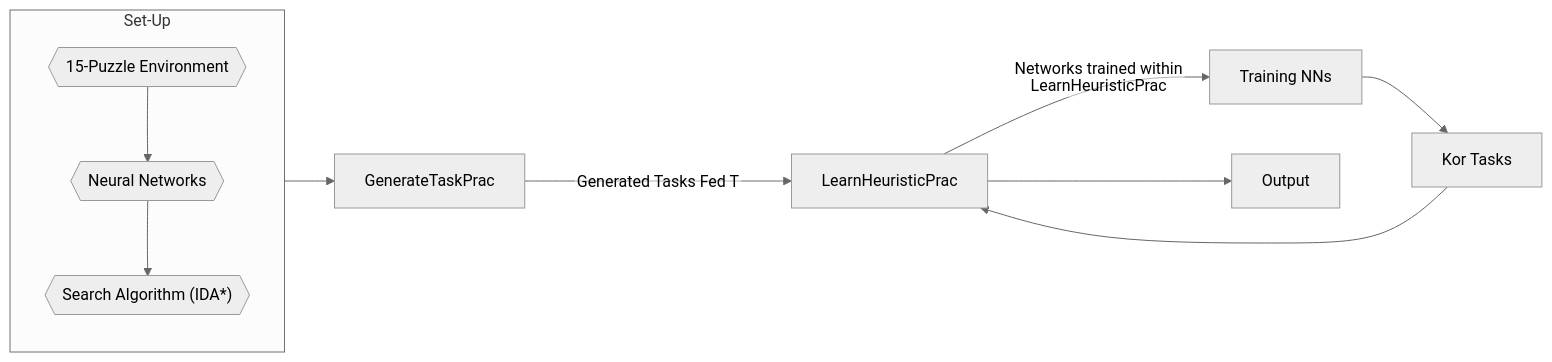
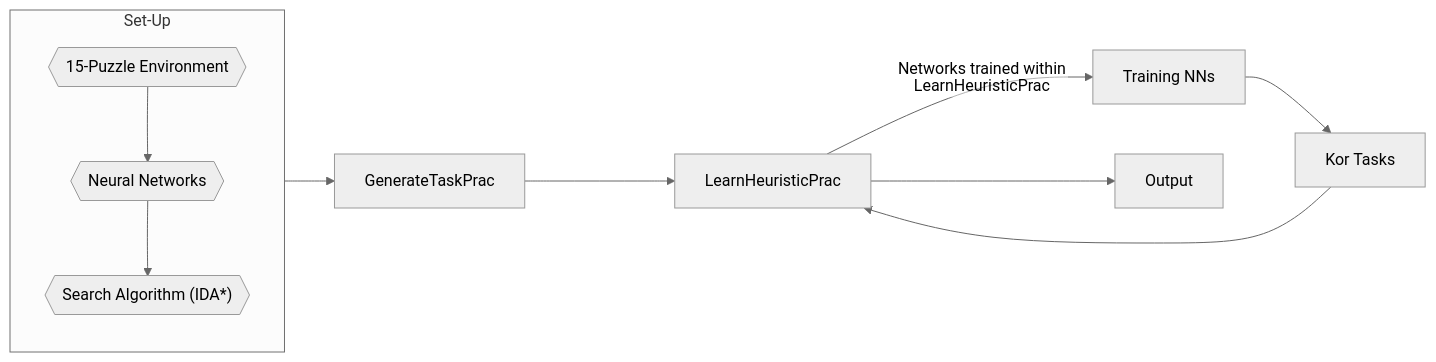
The diagram in README.md (OShagHennessy/Reproducibility_Assignment), drawn with Mermaid (neutral theme) before and after one commit.

````diff
--- a/README.md
+++ b/README.md
@@ -10,15 +10,15 @@
 ```mermaid
 
 %%{init: {"flowchart": {"htmlLabels": false}} }%%
 flowchart LR
 Algorithm3[GenerateTaskPrac]
 Algorithm4[LearnHeuristicPrac]
 TrainingNNs[Training NNs]
 Kor_Tasks[Kor Tasks]
 Output[Output]
-Set-Up --> Algorithm3 --Generated Tasks Fed To--> Algorithm4 --Networks trained within LearnHeuristicPrac--> TrainingNNs --> Kor_Tasks --> Algorithm4 --> Output
+Set-Up --> Algorithm3 ----> Algorithm4 --Networks trained within LearnHeuristicPrac--> TrainingNNs --> Kor_Tasks --> Algorithm4 --> Output
 subgraph "Set-Up"
   a{{"`15-Puzzle Environment`"}} --> b{{"`Neural Networks`"}} --> c{{"`Search Algorithm (IDA*)`"}}
 end
 
 ```
````
